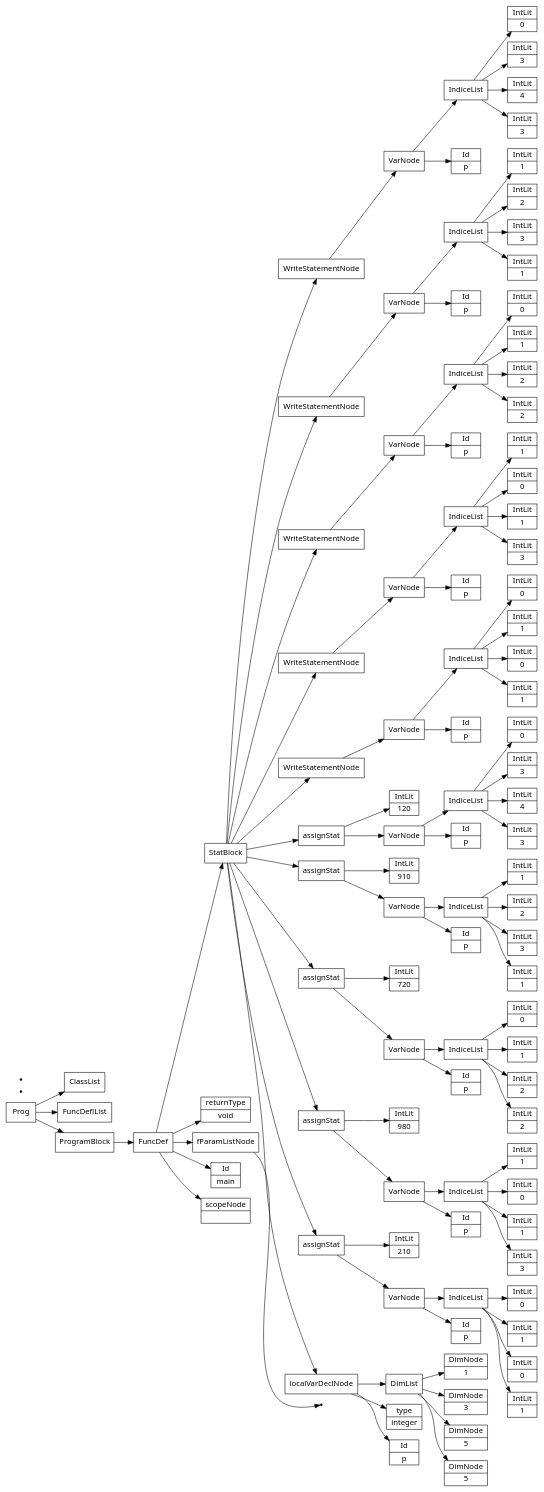
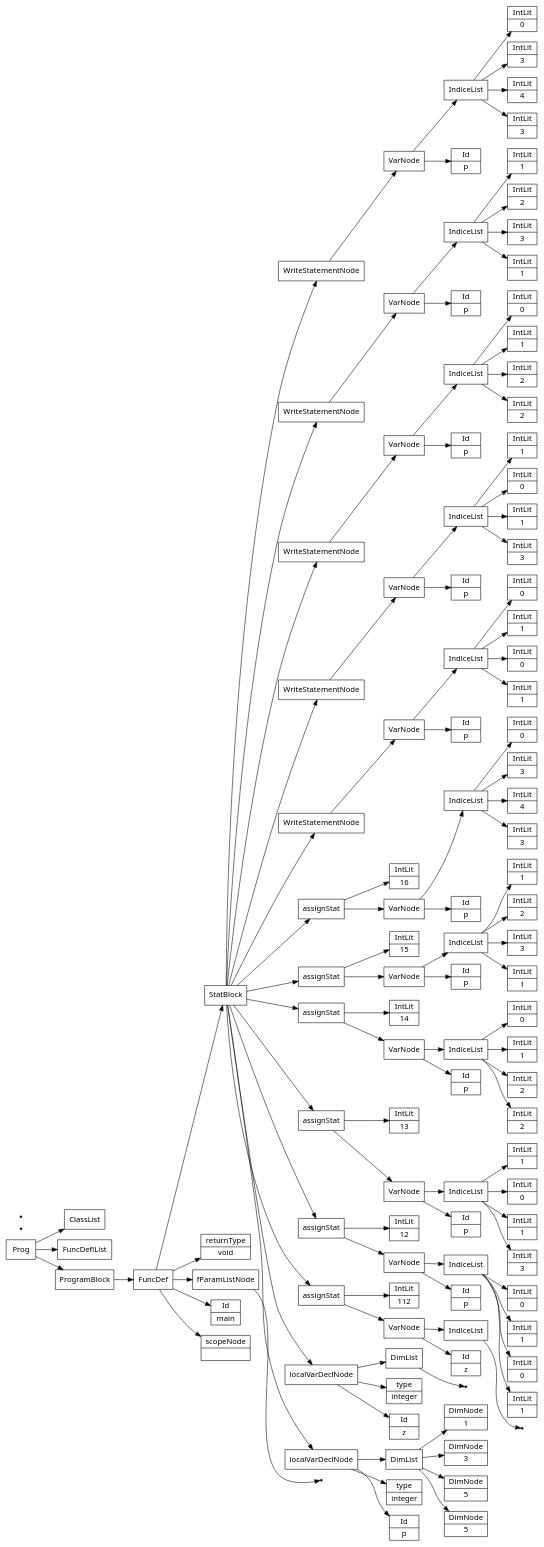
Before and after one commit to Saf1u/Kompiler: the diagram in files/semantictests/testc.src.ast.dot, drawn with Graphviz. The commit also changed 9 other files, not shown here.

```diff
--- a/files/semantictests/testc.src.ast.dot
+++ b/files/semantictests/testc.src.ast.dot
@@ -21,193 +21,215 @@
 15->14;
 15->8;
 15->7;
-16[label="Id|p"];
-18[label="IntLit|1"];
-19[label="IntLit|0"];
-20[label="IntLit|1"];
-21[label="IntLit|0"];
-22[label="IndiceList"];
-22->21;
-22->20;
-22->19;
-22->18;
-23[label="VarNode"];
-23->22;
-23->16;
-24[label="IntLit|210"];
-25[label="assignStat"];
-25->24;
-25->23;
-26[label="Id|p"];
-28[label="IntLit|3"];
-29[label="IntLit|1"];
-30[label="IntLit|0"];
+16[label="Id|z"];
+17[label="type|integer"];
+none19[shape="point"];
+20[label="DimList"];
+20->none19;
+21[label="localVarDeclNode"];
+21->20;
+21->17;
+21->16;
+22[label="Id|z"];
+none24[shape="point"];
+25[label="IndiceList"];
+25->none24;
+26[label="VarNode"];
+26->25;
+26->22;
+27[label="IntLit|112"];
+28[label="assignStat"];
+28->27;
+28->26;
+29[label="Id|p"];
 31[label="IntLit|1"];
-32[label="IndiceList"];
-32->31;
-32->30;
-32->29;
-32->28;
-33[label="VarNode"];
-33->32;
-33->26;
-34[label="IntLit|980"];
-35[label="assignStat"];
+32[label="IntLit|0"];
+33[label="IntLit|1"];
+34[label="IntLit|0"];
+35[label="IndiceList"];
 35->34;
 35->33;
-36[label="Id|p"];
-38[label="IntLit|2"];
-39[label="IntLit|2"];
-40[label="IntLit|1"];
-41[label="IntLit|0"];
-42[label="IndiceList"];
-42->41;
-42->40;
-42->39;
-42->38;
-43[label="VarNode"];
-43->42;
-43->36;
-44[label="IntLit|720"];
-45[label="assignStat"];
+35->32;
+35->31;
+36[label="VarNode"];
+36->35;
+36->29;
+37[label="IntLit|12"];
+38[label="assignStat"];
+38->37;
+38->36;
+39[label="Id|p"];
+41[label="IntLit|3"];
+42[label="IntLit|1"];
+43[label="IntLit|0"];
+44[label="IntLit|1"];
+45[label="IndiceList"];
 45->44;
 45->43;
-46[label="Id|p"];
-48[label="IntLit|1"];
-49[label="IntLit|3"];
-50[label="IntLit|2"];
-51[label="IntLit|1"];
-52[label="IndiceList"];
-52->51;
-52->50;
-52->49;
-52->48;
-53[label="VarNode"];
-53->52;
-53->46;
-54[label="IntLit|910"];
-55[label="assignStat"];
+45->42;
+45->41;
+46[label="VarNode"];
+46->45;
+46->39;
+47[label="IntLit|13"];
+48[label="assignStat"];
+48->47;
+48->46;
+49[label="Id|p"];
+51[label="IntLit|2"];
+52[label="IntLit|2"];
+53[label="IntLit|1"];
+54[label="IntLit|0"];
+55[label="IndiceList"];
 55->54;
 55->53;
-56[label="Id|p"];
-58[label="IntLit|3"];
-59[label="IntLit|4"];
-60[label="IntLit|3"];
-61[label="IntLit|0"];
-62[label="IndiceList"];
-62->61;
-62->60;
-62->59;
-62->58;
-63[label="VarNode"];
-63->62;
-63->56;
-64[label="IntLit|120"];
-65[label="assignStat"];
+55->52;
+55->51;
+56[label="VarNode"];
+56->55;
+56->49;
+57[label="IntLit|14"];
+58[label="assignStat"];
+58->57;
+58->56;
+59[label="Id|p"];
+61[label="IntLit|1"];
+62[label="IntLit|3"];
+63[label="IntLit|2"];
+64[label="IntLit|1"];
+65[label="IndiceList"];
 65->64;
 65->63;
-66[label="Id|p"];
-68[label="IntLit|1"];
-69[label="IntLit|0"];
-70[label="IntLit|1"];
-71[label="IntLit|0"];
-72[label="IndiceList"];
-72->71;
-72->70;
-72->69;
-72->68;
-73[label="VarNode"];
-73->72;
-73->66;
-74[label="WriteStatementNode"];
-74->73;
-75[label="Id|p"];
-77[label="IntLit|3"];
-78[label="IntLit|1"];
-79[label="IntLit|0"];
-80[label="IntLit|1"];
-81[label="IndiceList"];
-81->80;
-81->79;
-81->78;
-81->77;
-82[label="VarNode"];
-82->81;
-82->75;
-83[label="WriteStatementNode"];
-83->82;
-84[label="Id|p"];
-86[label="IntLit|2"];
-87[label="IntLit|2"];
-88[label="IntLit|1"];
-89[label="IntLit|0"];
-90[label="IndiceList"];
-90->89;
-90->88;
-90->87;
-90->86;
-91[label="VarNode"];
-91->90;
-91->84;
-92[label="WriteStatementNode"];
-92->91;
-93[label="Id|p"];
-95[label="IntLit|1"];
-96[label="IntLit|3"];
-97[label="IntLit|2"];
-98[label="IntLit|1"];
-99[label="IndiceList"];
-99->98;
-99->97;
-99->96;
-99->95;
-100[label="VarNode"];
-100->99;
-100->93;
-101[label="WriteStatementNode"];
-101->100;
-102[label="Id|p"];
-104[label="IntLit|3"];
-105[label="IntLit|4"];
-106[label="IntLit|3"];
-107[label="IntLit|0"];
-108[label="IndiceList"];
-108->107;
-108->106;
-108->105;
-108->104;
-109[label="VarNode"];
-109->108;
-109->102;
-110[label="WriteStatementNode"];
-110->109;
-111[label="StatBlock"];
-111->110;
-111->101;
-111->92;
-111->83;
-111->74;
-111->65;
-111->55;
-111->45;
-111->35;
-111->25;
-111->15;
-112[label="FuncDef"];
+65->62;
+65->61;
+66[label="VarNode"];
+66->65;
+66->59;
+67[label="IntLit|15"];
+68[label="assignStat"];
+68->67;
+68->66;
+69[label="Id|p"];
+71[label="IntLit|3"];
+72[label="IntLit|4"];
+73[label="IntLit|3"];
+74[label="IntLit|0"];
+75[label="IndiceList"];
+75->74;
+75->73;
+75->72;
+75->71;
+76[label="VarNode"];
+76->75;
+76->69;
+77[label="IntLit|16"];
+78[label="assignStat"];
+78->77;
+78->76;
+79[label="Id|p"];
+81[label="IntLit|1"];
+82[label="IntLit|0"];
+83[label="IntLit|1"];
+84[label="IntLit|0"];
+85[label="IndiceList"];
+85->84;
+85->83;
+85->82;
+85->81;
+86[label="VarNode"];
+86->85;
+86->79;
+87[label="WriteStatementNode"];
+87->86;
+88[label="Id|p"];
+90[label="IntLit|3"];
+91[label="IntLit|1"];
+92[label="IntLit|0"];
+93[label="IntLit|1"];
+94[label="IndiceList"];
+94->93;
+94->92;
+94->91;
+94->90;
+95[label="VarNode"];
+95->94;
+95->88;
+96[label="WriteStatementNode"];
+96->95;
+97[label="Id|p"];
+99[label="IntLit|2"];
+100[label="IntLit|2"];
+101[label="IntLit|1"];
+102[label="IntLit|0"];
+103[label="IndiceList"];
+103->102;
+103->101;
+103->100;
+103->99;
+104[label="VarNode"];
+104->103;
+104->97;
+105[label="WriteStatementNode"];
+105->104;
+106[label="Id|p"];
+108[label="IntLit|1"];
+109[label="IntLit|3"];
+110[label="IntLit|2"];
+111[label="IntLit|1"];
+112[label="IndiceList"];
+112->111;
+112->110;
+112->109;
+112->108;
+113[label="VarNode"];
+113->112;
+113->106;
+114[label="WriteStatementNode"];
+114->113;
+115[label="Id|p"];
+117[label="IntLit|3"];
+118[label="IntLit|4"];
+119[label="IntLit|3"];
+120[label="IntLit|0"];
+121[label="IndiceList"];
+121->120;
+121->119;
+121->118;
+121->117;
+122[label="VarNode"];
+122->121;
+122->115;
+123[label="WriteStatementNode"];
+123->122;
+124[label="StatBlock"];
+124->123;
+124->114;
+124->105;
+124->96;
+124->87;
+124->78;
+124->68;
+124->58;
+124->48;
+124->38;
+124->28;
+124->21;
+124->15;
+125[label="FuncDef"];
 0[label="Id|main"];
-112->111;
-112->5;
-112->4;
-112->0;
-112->1;
-113[label="ClassList"];
-114[label="FuncDeflList"];
-115[label="Prog"];
-116[label="ProgramBlock"];
-116->112;
-none117[shape="point"];
-none118[shape="point"];
-115->113;
-115->114;
-115->116;
+125->124;
+125->5;
+125->4;
+125->0;
+125->1;
+126[label="ClassList"];
+127[label="FuncDeflList"];
+128[label="Prog"];
+129[label="ProgramBlock"];
+129->125;
+none130[shape="point"];
+none131[shape="point"];
+128->126;
+128->127;
+128->129;
 }
```
